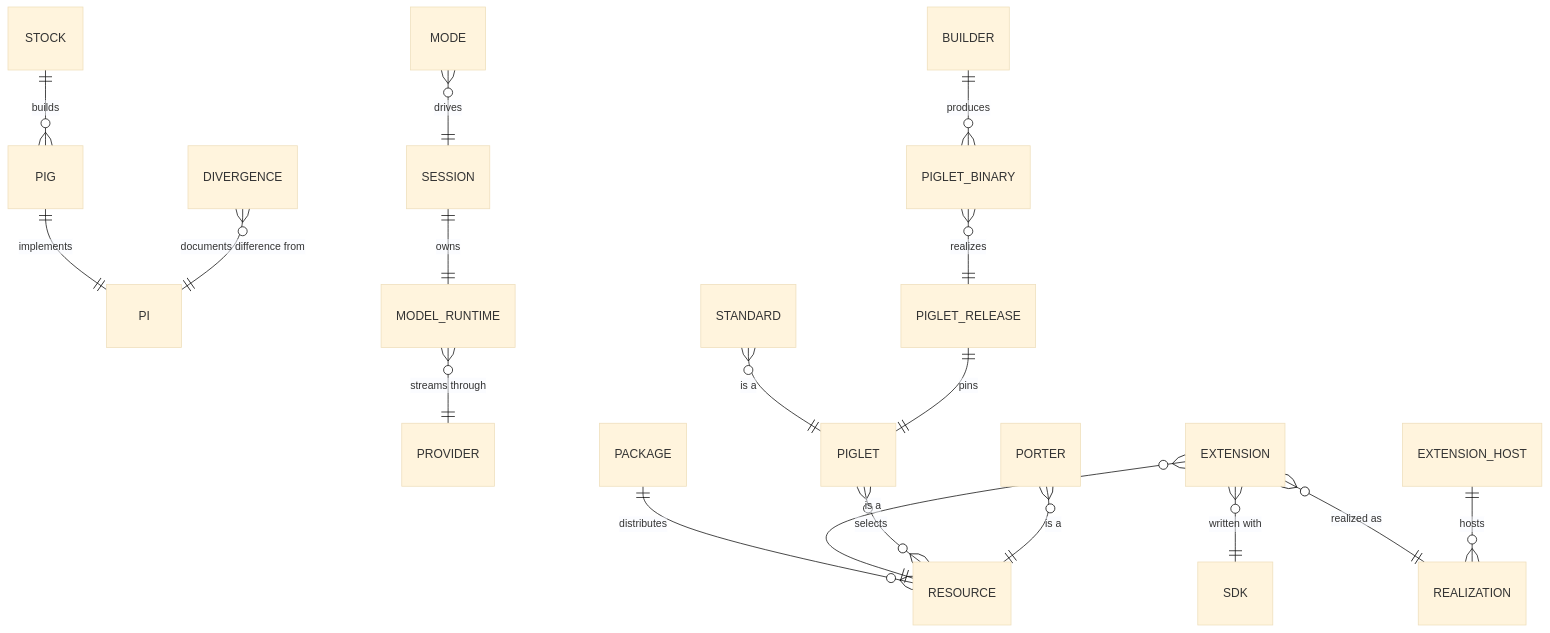
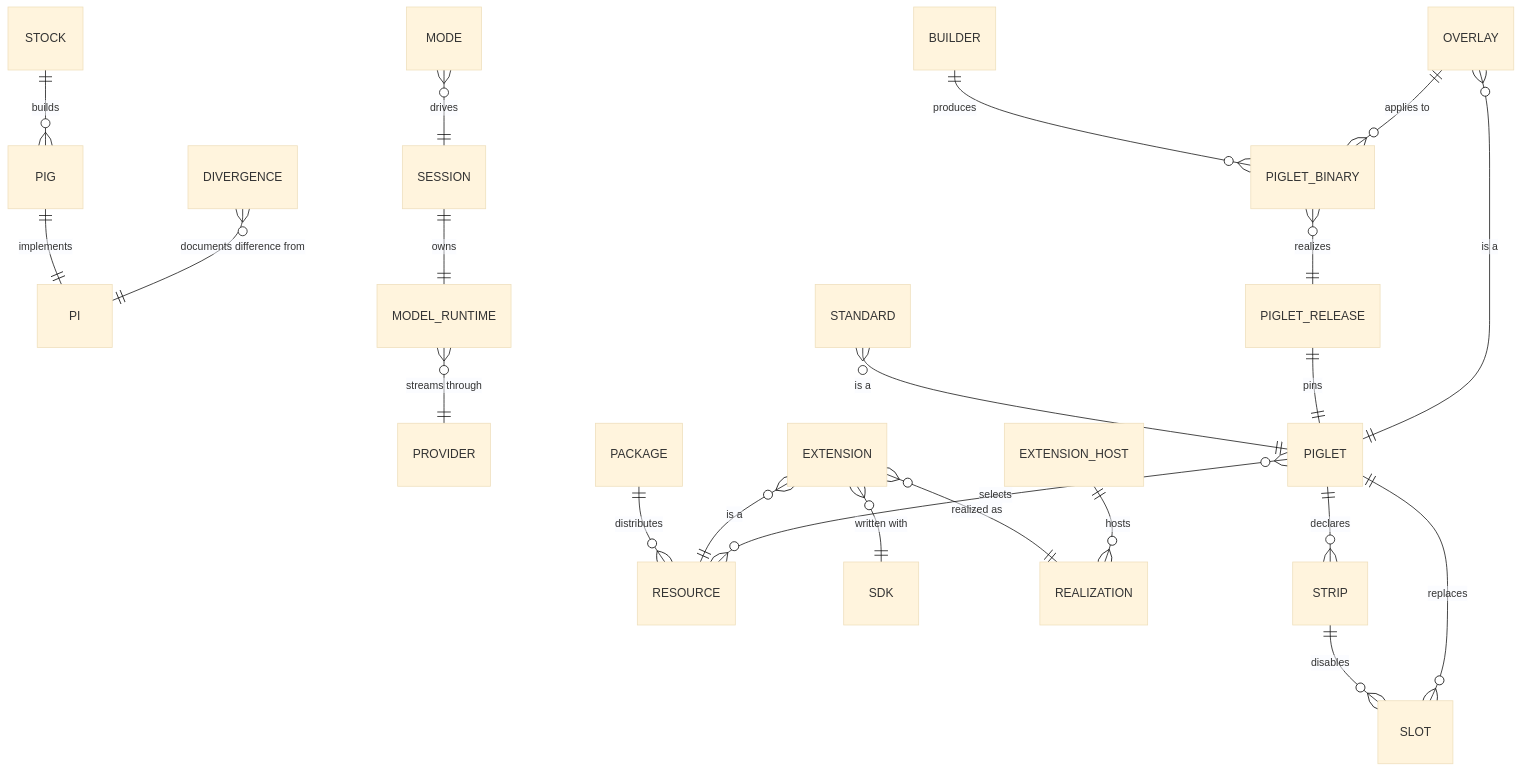
One commit to MichaelKinsy/PiG changed the diagram in docs/knowledge-graph/pig.mmd. Above: the diagram before and after it, drawn with Mermaid (base theme). The commit also changed 16 other files, not shown here.

```diff
--- a/docs/knowledge-graph/pig.mmd
+++ b/docs/knowledge-graph/pig.mmd
@@ -1,18 +1,22 @@
 erDiagram
     PIG ||--|| PI : "implements"
     STOCK ||--o{ PIG : "builds"
     SESSION ||--|| MODEL_RUNTIME : "owns"
     MODEL_RUNTIME }o--|| PROVIDER : "streams through"
     MODE }o--|| SESSION : "drives"
     PACKAGE ||--o{ RESOURCE : "distributes"
     EXTENSION }o--|| RESOURCE : "is a"
     EXTENSION }o--|| SDK : "written with"
     EXTENSION }o--|| REALIZATION : "realized as"
     EXTENSION_HOST ||--o{ REALIZATION : "hosts"
     PIGLET }o--o{ RESOURCE : "selects"
     STANDARD }o--|| PIGLET : "is a"
     PIGLET_RELEASE ||--|| PIGLET : "pins"
     PIGLET_BINARY }o--|| PIGLET_RELEASE : "realizes"
     BUILDER ||--o{ PIGLET_BINARY : "produces"
-    PORTER }o--|| RESOURCE : "is a"
+    PIGLET ||--o{ STRIP : "declares"
+    STRIP ||--o{ SLOT : "disables"
+    PIGLET ||--o{ SLOT : "replaces"
+    OVERLAY }o--|| PIGLET : "is a"
+    OVERLAY ||--o{ PIGLET_BINARY : "applies to"
     DIVERGENCE }o--|| PI : "documents difference from"
```
